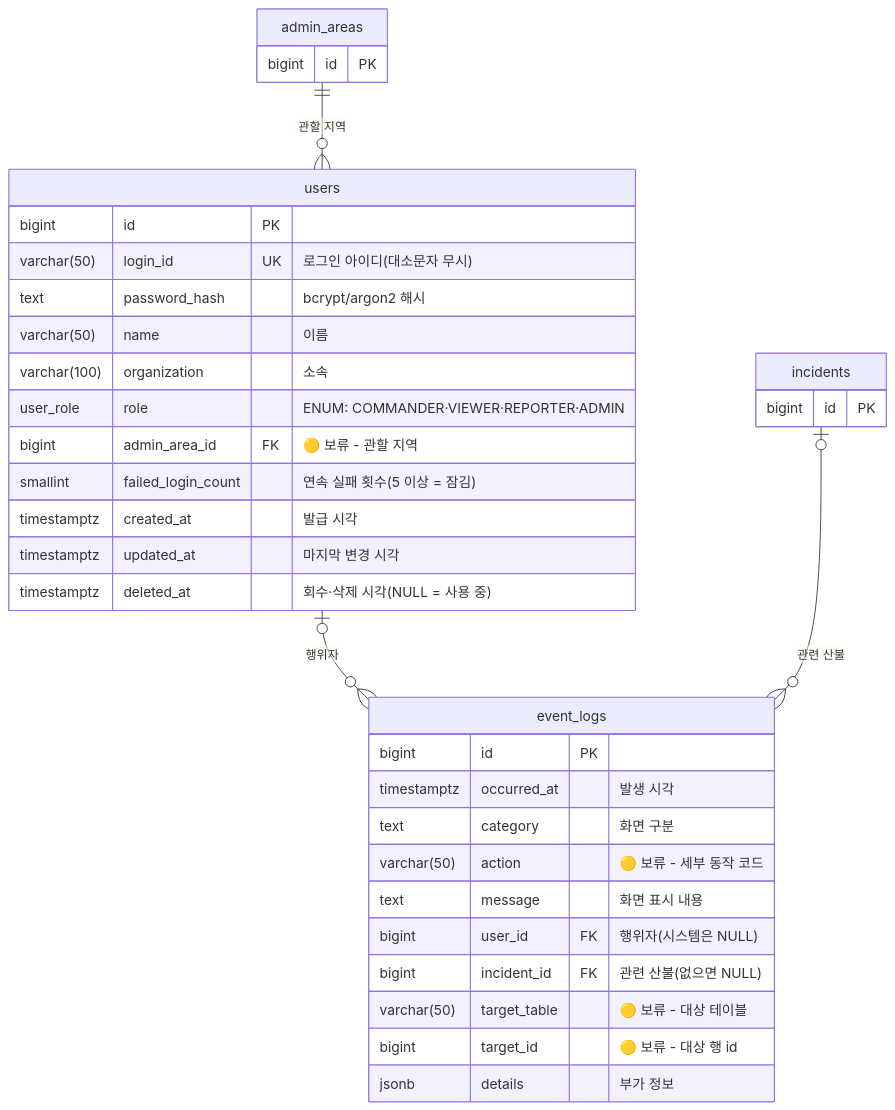
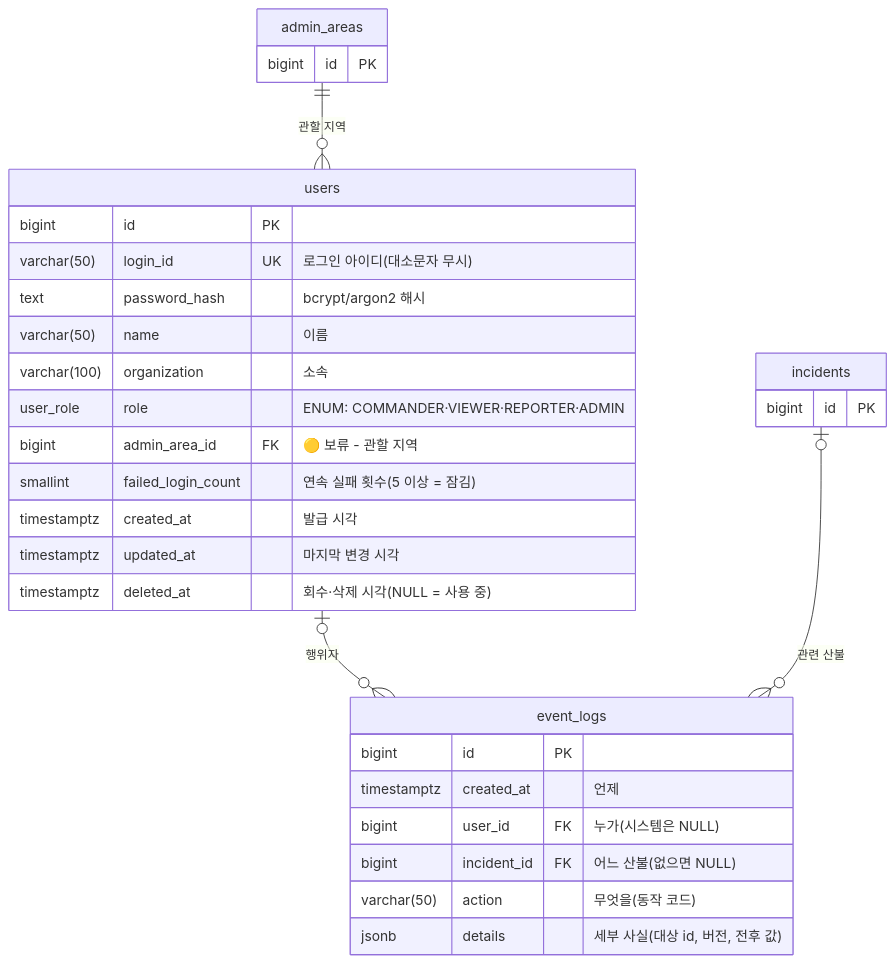
One commit to wildfire-guard-capstone/wfg-docs changed the eighth of 8 diagrams in docs/설계/DB-설계.md. Above: the diagram before and after it, drawn with Mermaid. The commit also changed other lines of this file, not shown here.

````diff
--- a/docs/설계/DB-설계.md
+++ b/docs/설계/DB-설계.md
@@ -599,41 +600,37 @@
 ```mermaid
 erDiagram
     admin_areas ||--o{ users : "관할 지역"
     users |o--o{ event_logs : "행위자"
     incidents |o--o{ event_logs : "관련 산불"
 
     users {
         bigint id PK
         varchar(50) login_id UK "로그인 아이디(대소문자 무시)"
         text password_hash "bcrypt/argon2 해시"
         varchar(50) name "이름"
         varchar(100) organization "소속"
         user_role role "ENUM: COMMANDER·VIEWER·REPORTER·ADMIN"
         bigint admin_area_id FK "🟡 보류 - 관할 지역"
         smallint failed_login_count "연속 실패 횟수(5 이상 = 잠김)"
         timestamptz created_at "발급 시각"
         timestamptz updated_at "마지막 변경 시각"
         timestamptz deleted_at "회수·삭제 시각(NULL = 사용 중)"
     }
 
     event_logs {
         bigint id PK
-        timestamptz occurred_at "발생 시각"
-        text category "화면 구분"
-        varchar(50) action "🟡 보류 - 세부 동작 코드"
-        text message "화면 표시 내용"
-        bigint user_id FK "행위자(시스템은 NULL)"
-        bigint incident_id FK "관련 산불(없으면 NULL)"
-        varchar(50) target_table "🟡 보류 - 대상 테이블"
-        bigint target_id "🟡 보류 - 대상 행 id"
-        jsonb details "부가 정보"
+        timestamptz created_at "언제"
+        bigint user_id FK "누가(시스템은 NULL)"
+        bigint incident_id FK "어느 산불(없으면 NULL)"
+        varchar(50) action "무엇을(동작 코드)"
+        jsonb details "세부 사실(대상 id, 버전, 전후 값)"
     }
 
     admin_areas {
         bigint id PK
     }
 
     incidents {
         bigint id PK
     }
 ```
````
